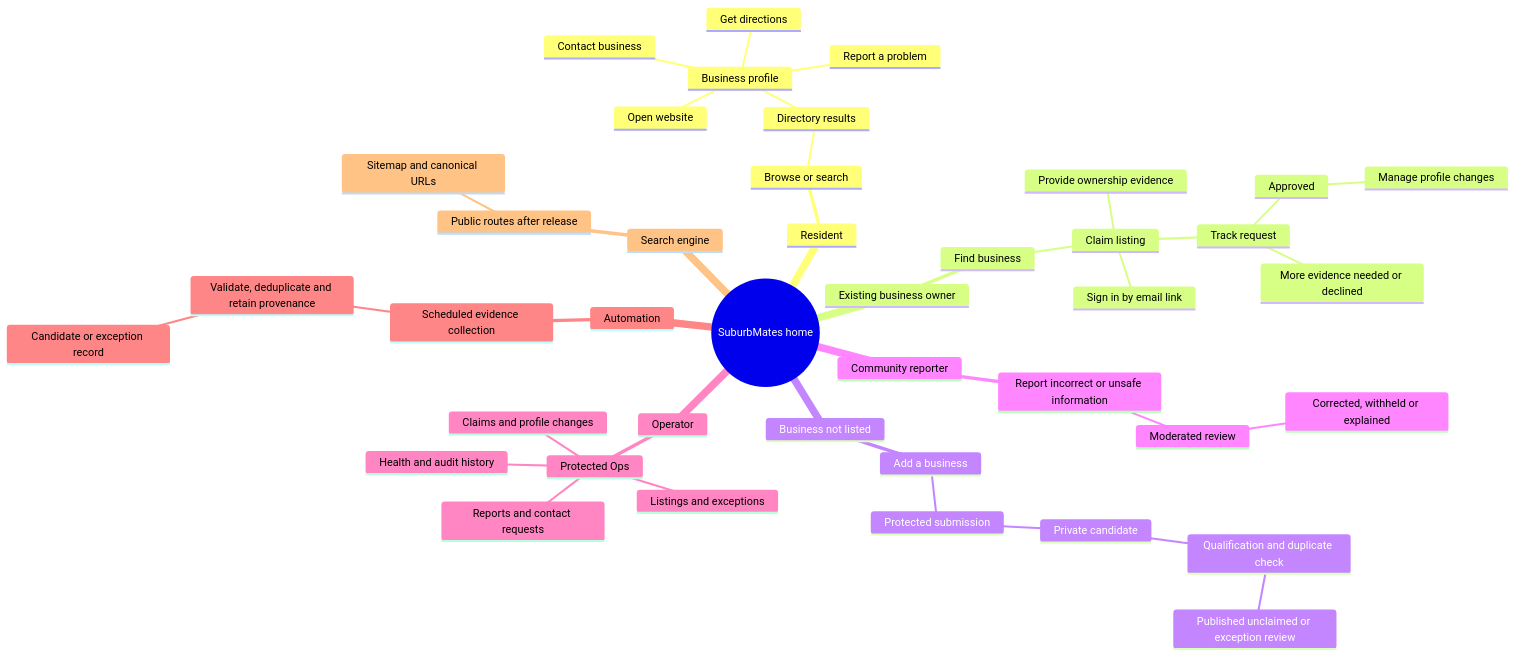
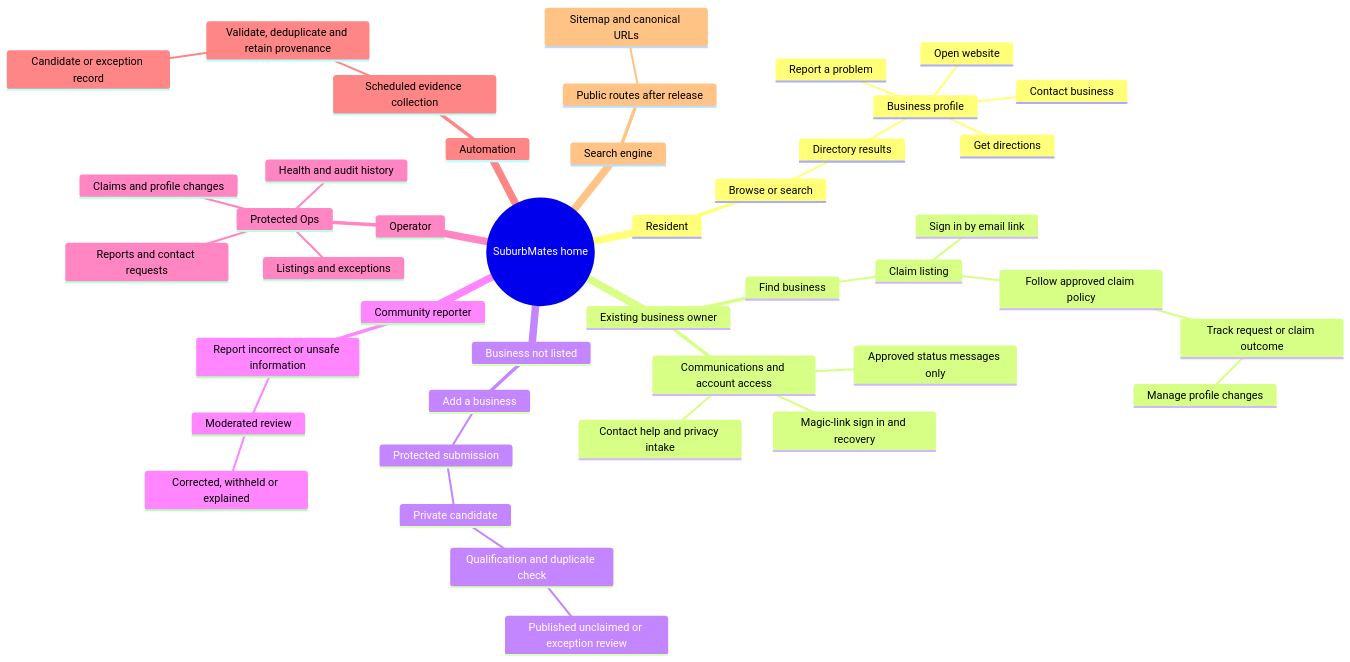
The diagram in docs/REFERENCE/SuburbMates — Complete User Journey Map.md (carlsuburbmates/suburbmates), drawn with Mermaid before and after one commit. The commit also changed other lines of this file and 3 other files, not shown here.

````diff
--- a/docs/REFERENCE/SuburbMates — Complete User Journey Map.md
+++ b/docs/REFERENCE/SuburbMates — Complete User Journey Map.md
@@ -23,44 +23,46 @@
 ```mermaid
 mindmap
   root((SuburbMates home))
     Resident
       Browse or search
         Directory results
           Business profile
             Contact business
             Open website
             Get directions
             Report a problem
     Existing business owner
       Find business
         Claim listing
           Sign in by email link
-          Provide ownership evidence
-          Track request
-            Approved
+          Follow approved claim policy
+            Track request or claim outcome
               Manage profile changes
-            More evidence needed or declined
+      Communications and account access
+        Magic-link sign in and recovery
+        Approved status messages only
+        Contact help and privacy intake
     Business not listed
       Add a business
         Protected submission
           Private candidate
             Qualification and duplicate check
               Published unclaimed or exception review
     Community reporter
       Report incorrect or unsafe information
         Moderated review
           Corrected, withheld or explained
     Operator
       Protected Ops
         Listings and exceptions
         Claims and profile changes
         Reports and contact requests
         Health and audit history
     Automation
       Scheduled evidence collection
         Validate, deduplicate and retain provenance
           Candidate or exception record
     Search engine
       Public routes after release
         Sitemap and canonical URLs
 ```
````
